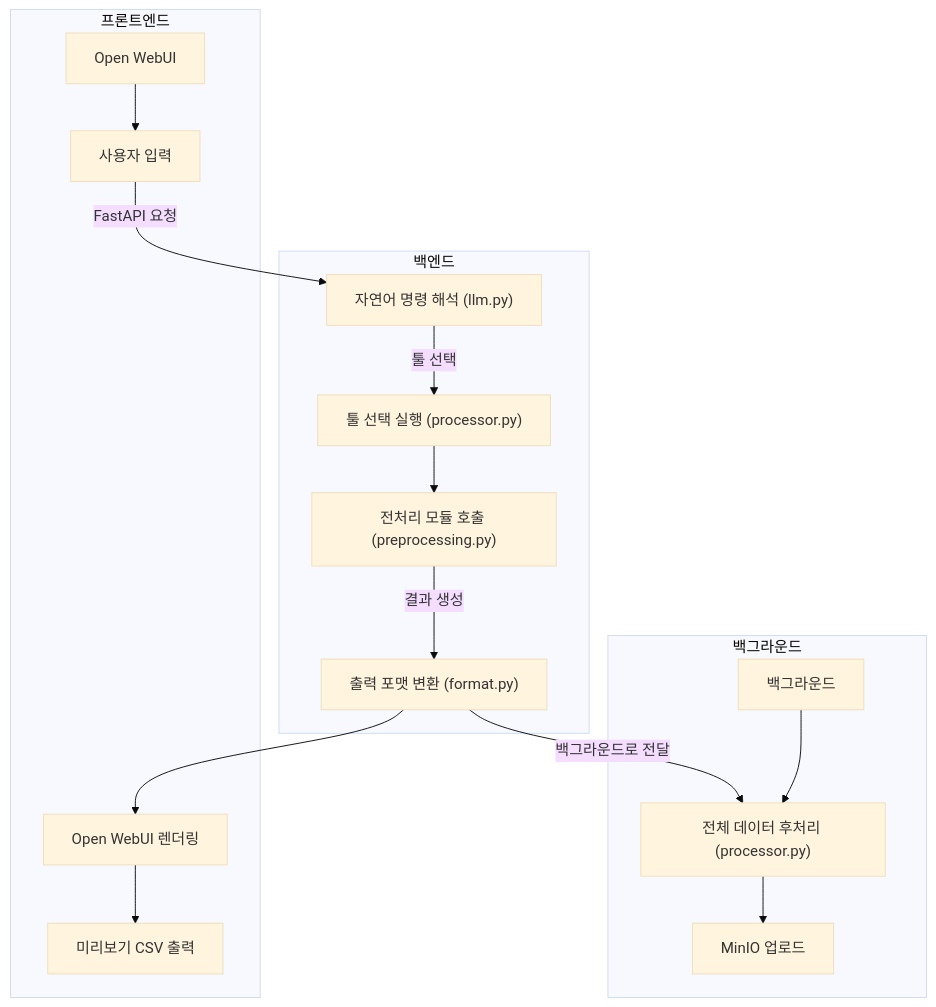
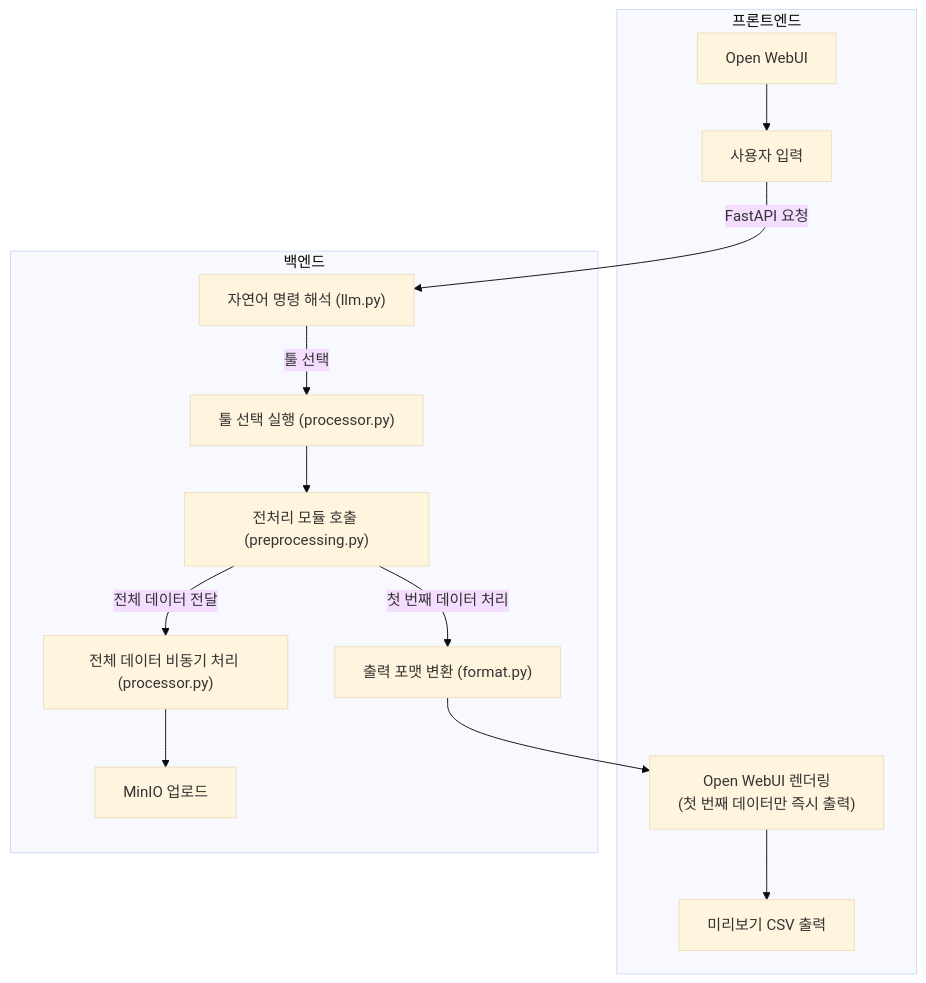
One commit to WO2IN/posAppSystem changed the diagram in readme.md. Above: the diagram before and after it, drawn with Mermaid (base theme).

````diff
--- a/readme.md
+++ b/readme.md
@@ -1,37 +1,33 @@
 ```mermaid
 flowchart TD
 
 %% 프론트엔드 영역
 subgraph FE [프론트엔드]
     A1["Open WebUI"]
     A2["사용자 입력"]
-    A3["Open WebUI 렌더링"]
+    A3["Open WebUI 렌더링<br>(첫 번째 데이터만 즉시 출력)"]
     A4["미리보기 CSV 출력"]
 end
 
 %% 백엔드 영역
 subgraph BE [백엔드]
     B1["자연어 명령 해석 (llm.py)"]
     B2["툴 선택 실행 (processor.py)"]
     B3["전처리 모듈 호출 (preprocessing.py)"]
     B4["출력 포맷 변환 (format.py)"]
-end
-
-%% 백그라운드 영역
-subgraph BG [백그라운드]
-    C1["백그라운드"]
-    C2["전체 데이터 후처리 (processor.py)"]
-    C3["MinIO 업로드"]
+    B5["전체 데이터 비동기 처리 (processor.py)"]
+    B6["MinIO 업로드"]
 end
 
 %% 흐름 연결
 A1 --> A2
 A2 -->|FastAPI 요청| B1
 B1 -->|툴 선택| B2
 B2 --> B3
-B3 -->|결과 생성| B4
+B3 -->|첫 번째 데이터 처리| B4
 B4 --> A3
 A3 --> A4
-B4 -->|백그라운드로 전달| C2
-C1 --> C2 --> C3
+
+B3 -->|전체 데이터 전달| B5
+B5 --> B6
 ```
````
